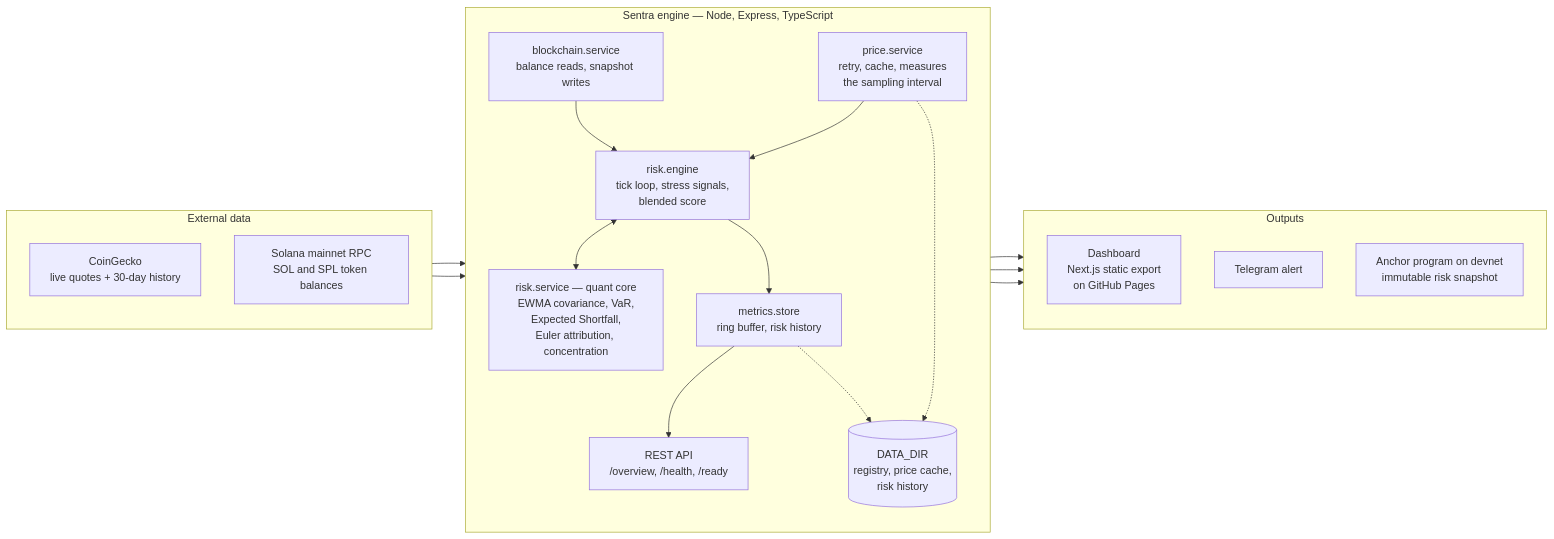
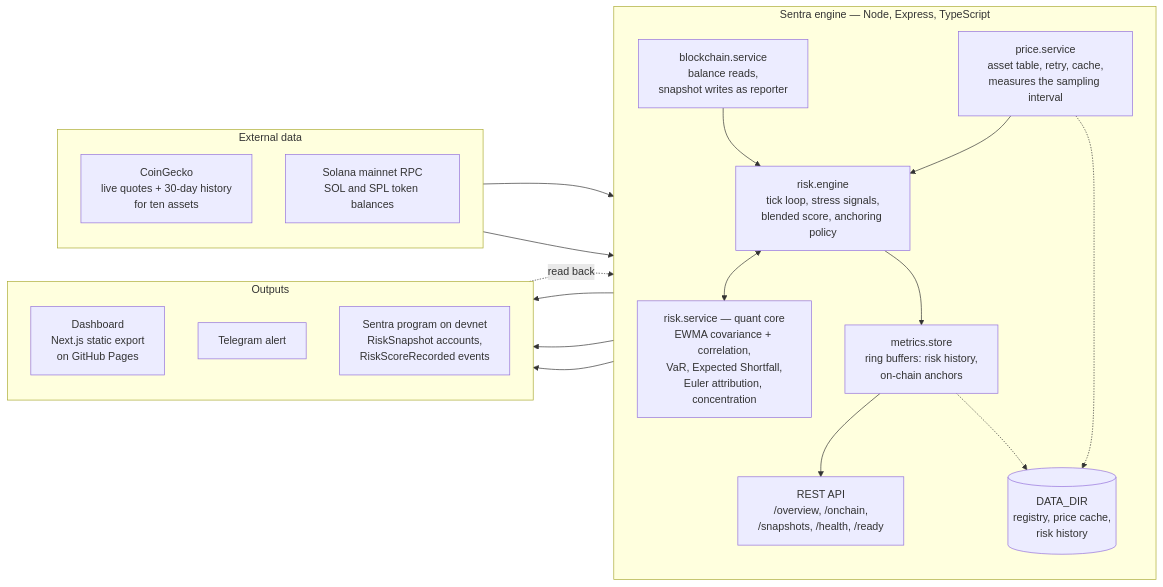
The first of 3 diagrams in README.md (Abhist17/sentra), drawn with Mermaid before and after one commit. The commit also changed other lines of this file and 4 other files, not shown here.

````diff
--- a/README.md
+++ b/README.md
@@ -270,40 +403,41 @@
 ```mermaid
 flowchart LR
     subgraph feeds["External data"]
         direction TB
-        CG["CoinGecko<br/>live quotes + 30-day history"]
+        CG["CoinGecko<br/>live quotes + 30-day history<br/>for ten assets"]
         RPC["Solana mainnet RPC<br/>SOL and SPL token balances"]
     end
 
     subgraph engine["Sentra engine — Node, Express, TypeScript"]
         direction TB
-        PRICE["price.service<br/>retry, cache, measures<br/>the sampling interval"]
-        CHAIN["blockchain.service<br/>balance reads, snapshot writes"]
-        LOOP["risk.engine<br/>tick loop, stress signals,<br/>blended score"]
-        QUANT["risk.service — quant core<br/>EWMA covariance, VaR,<br/>Expected Shortfall,<br/>Euler attribution, concentration"]
-        STORE["metrics.store<br/>ring buffer, risk history"]
-        REST["REST API<br/>/overview, /health, /ready"]
+        PRICE["price.service<br/>asset table, retry, cache,<br/>measures the sampling interval"]
+        CHAIN["blockchain.service<br/>balance reads,<br/>snapshot writes as reporter"]
+        LOOP["risk.engine<br/>tick loop, stress signals,<br/>blended score, anchoring policy"]
+        QUANT["risk.service — quant core<br/>EWMA covariance + correlation,<br/>VaR, Expected Shortfall,<br/>Euler attribution, concentration"]
+        STORE["metrics.store<br/>ring buffers: risk history,<br/>on-chain anchors"]
+        REST["REST API<br/>/overview, /onchain,<br/>/snapshots, /health, /ready"]
         DISK[("DATA_DIR<br/>registry, price cache,<br/>risk history")]
     end
 
     subgraph out["Outputs"]
         direction TB
         DASH["Dashboard<br/>Next.js static export<br/>on GitHub Pages"]
         TG["Telegram alert"]
-        PROG["Anchor program on devnet<br/>immutable risk snapshot"]
+        PROG["Sentra program on devnet<br/>RiskSnapshot accounts,<br/>RiskScoreRecorded events"]
     end
 
     CG --> PRICE
     RPC --> CHAIN
     PRICE --> LOOP
     CHAIN --> LOOP
     LOOP <--> QUANT
     LOOP --> STORE
     STORE --> REST
     PRICE -.-> DISK
     STORE -.-> DISK
 
     REST --> DASH
     LOOP --> TG
     CHAIN --> PROG
+    PROG -.->|read back| CHAIN
 ```
````
